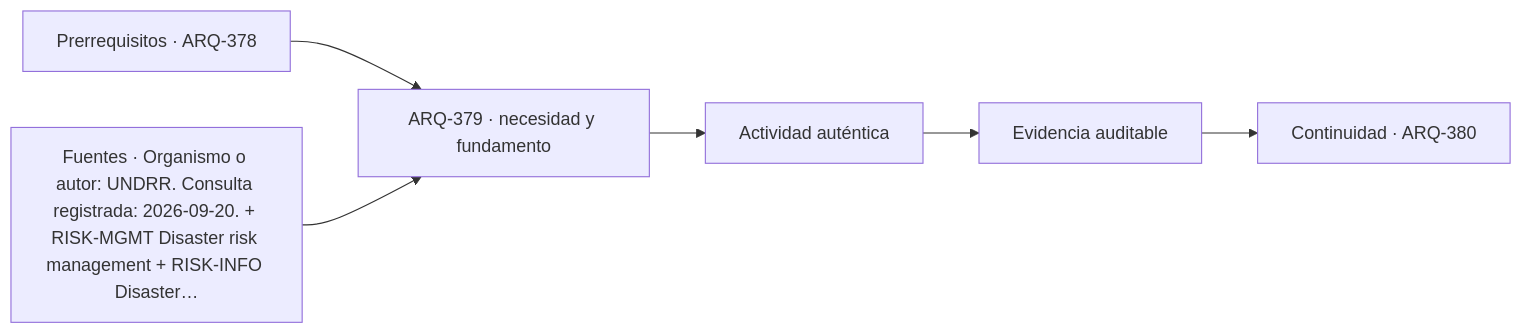
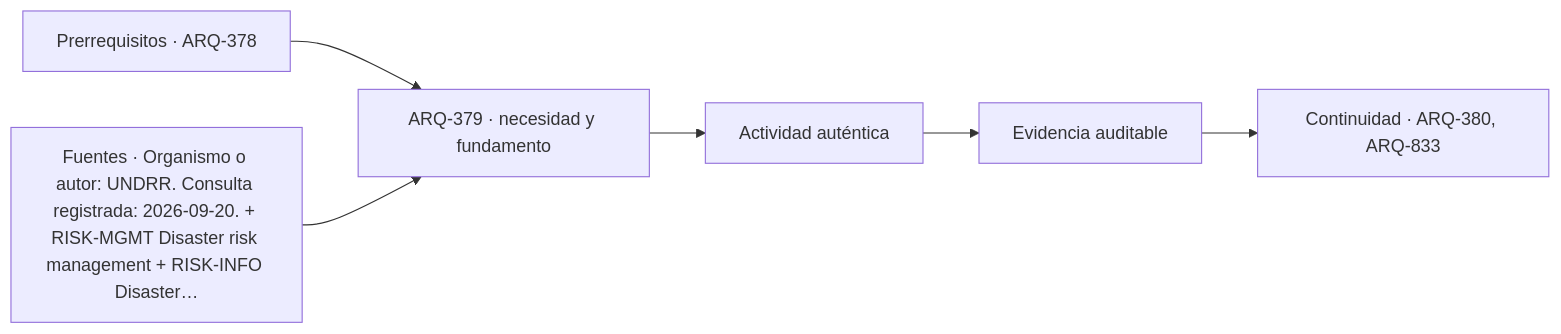
One commit to vladimiracunadev-create/architecture-built-environment-learning-program changed the diagram in classes/parte-38/ARQ-379.md. Above: the diagram before and after it, drawn with Mermaid. The commit also changed other lines of this file and 182 other files, not shown here.

````diff
--- a/classes/parte-38/ARQ-379.md
+++ b/classes/parte-38/ARQ-379.md
@@ -113,8 +113,8 @@
 ```mermaid
 flowchart LR
     A["Prerrequisitos · ARQ-378"] --> B["ARQ-379 · necesidad y fundamento"]
     S["Fuentes · Organismo o autor: UNDRR. Consulta registrada: 2026-09-20. + RISK-MGMT Disaster risk management + RISK-INFO Disaster…"] --> B
     B --> C["Actividad auténtica"]
     C --> D["Evidencia auditable"]
-    D --> E["Continuidad · ARQ-380"]
+    D --> E["Continuidad · ARQ-380, ARQ-833"]
 ```
````
